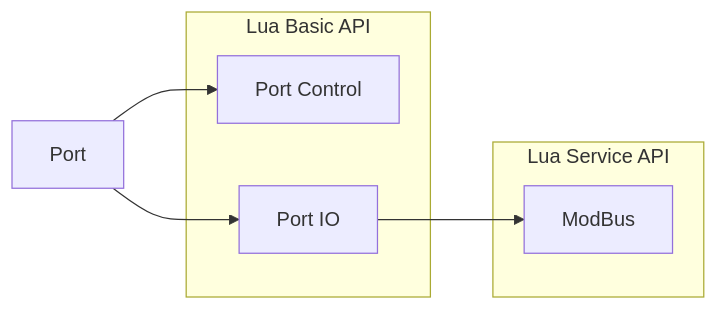
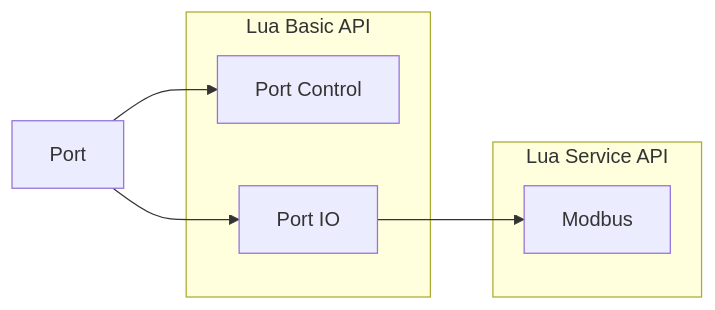
One commit to zyt20001205/UniComm2 changed the first of 2 diagrams in readme.md. Above: the diagram before and after it, drawn with Mermaid. The commit also changed other lines of this file, not shown here.

````diff
--- a/readme.md
+++ b/readme.md
@@ -40,30 +40,16 @@
 ```mermaid
 flowchart LR
     port[Port<a href='#Support Port Types'>]
 
     subgraph Lua Basic API
-        portControl[Port Control]
-        portIO[Port IO]
-        
-%%        subgraph Control
-%%            portOpen[port.open]
-%%            portClose[port.close]
-%%            portInfo[port.info]
-%%        end
-%%        subgraph IO
-%%            portReadData[port.readData]
-%%            portWriteData[port.writeData]
-%%            portReadText[port.readText]
-%%            portWriteText[port.writeText]
-%%        end
+        portControl[Port Control<a href='#Port Control'>]
+        portIO[Port IO<a href='#Port IO'>]
     end
 
     subgraph Lua Service API
-        modbus[ModBus]
+        modbus[Modbus<a href='#Modbus'>]
     end
-    
-    port --> portControl & portIO 
+
+    port --> portControl & portIO
     portIO --> modbus
-
-    click port "#support-port-types" "View Support Port Types"
 ```
````
